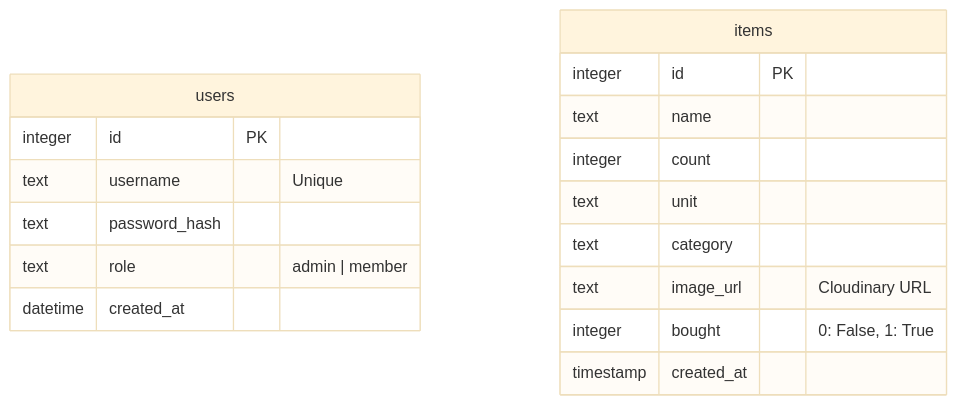
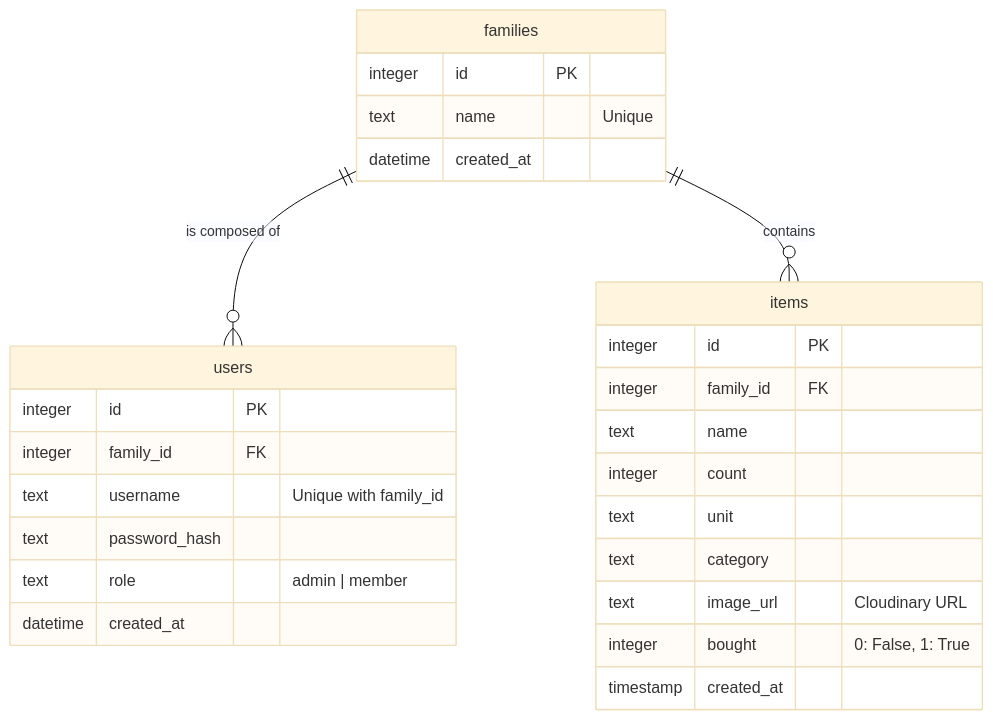
One commit to matsutanishimpei/family-shopper changed the diagram in docs/er-diagram.md. Above: the diagram before and after it, drawn with Mermaid (base theme). The commit also changed other lines of this file and 3 other files, not shown here.

````diff
--- a/docs/er-diagram.md
+++ b/docs/er-diagram.md
@@ -6,21 +6,32 @@
 ```mermaid
 erDiagram
+    families ||--o{ users : "is composed of"
+    families ||--o{ items : "contains"
+
+    families {
+        integer id PK
+        text name "Unique"
+        datetime created_at
+    }
+
     users {
         integer id PK
-        text username "Unique"
+        integer family_id FK
+        text username "Unique with family_id"
         text password_hash
         text role "admin | member"
         datetime created_at
     }
 
     items {
         integer id PK
+        integer family_id FK
         text name
         integer count
         text unit
         text category
         text image_url "Cloudinary URL"
         integer bought "0: False, 1: True"
         timestamp created_at
     }
 ```
````
